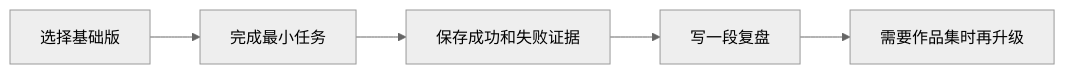
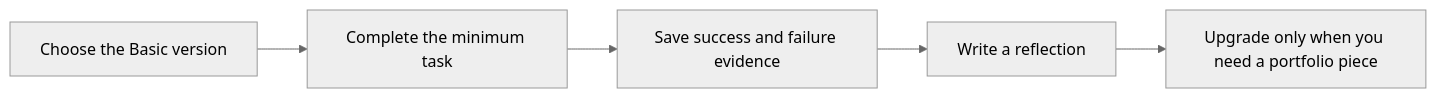
The diagram in docs/intro/boss-challenge-map.md (oudbiao/AI-fullstack-course), drawn with Mermaid (neutral theme) before and after one commit. The commit also changed other lines of this file and 1406 other files, not shown here.

````diff
--- a/docs/intro/boss-challenge-map.md
+++ b/docs/intro/boss-challenge-map.md
@@ -18,7 +18,7 @@
 ```mermaid
 flowchart LR
-  A["选择基础版"] --> B["完成最小任务"]
-  B --> C["保存成功和失败证据"]
-  C --> D["写一段复盘"]
-  D --> E["需要作品集时再升级"]
+  A["Choose the Basic version"] --> B["Complete the minimum task"]
+  B --> C["Save success and failure evidence"]
+  C --> D["Write a reflection"]
+  D --> E["Upgrade only when you need a portfolio piece"]
 ```
````
